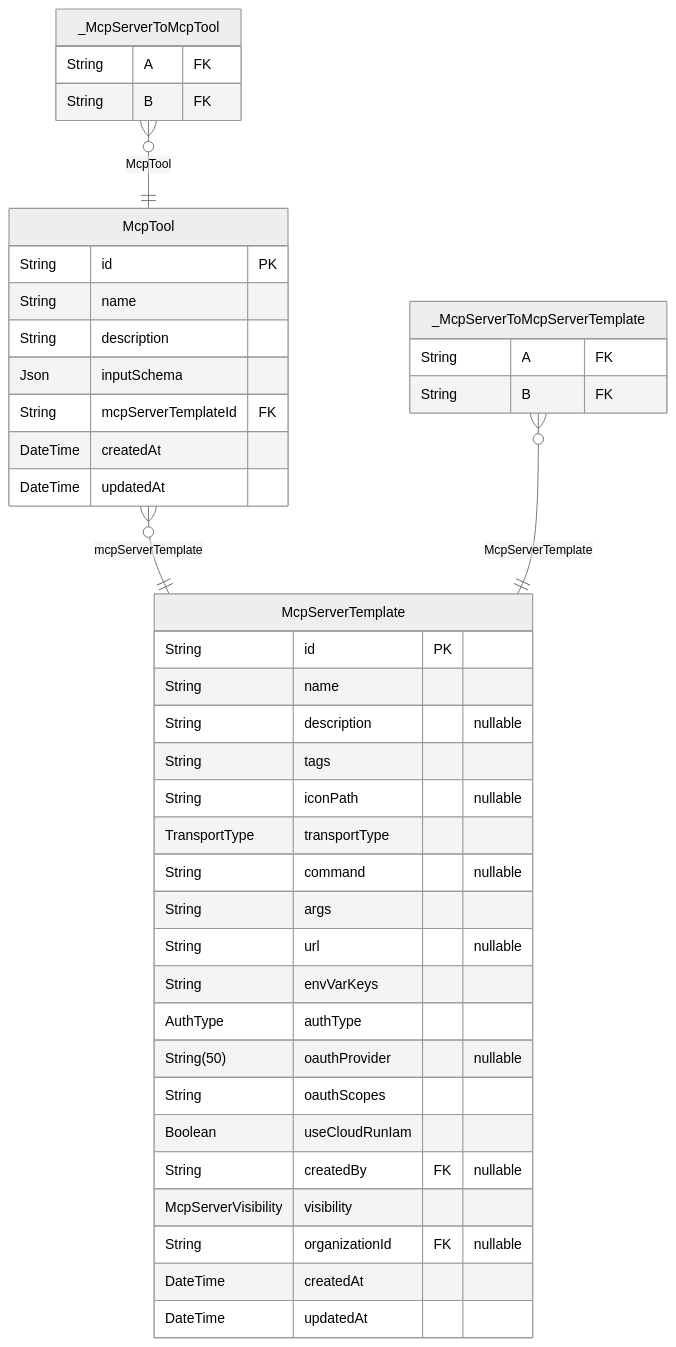
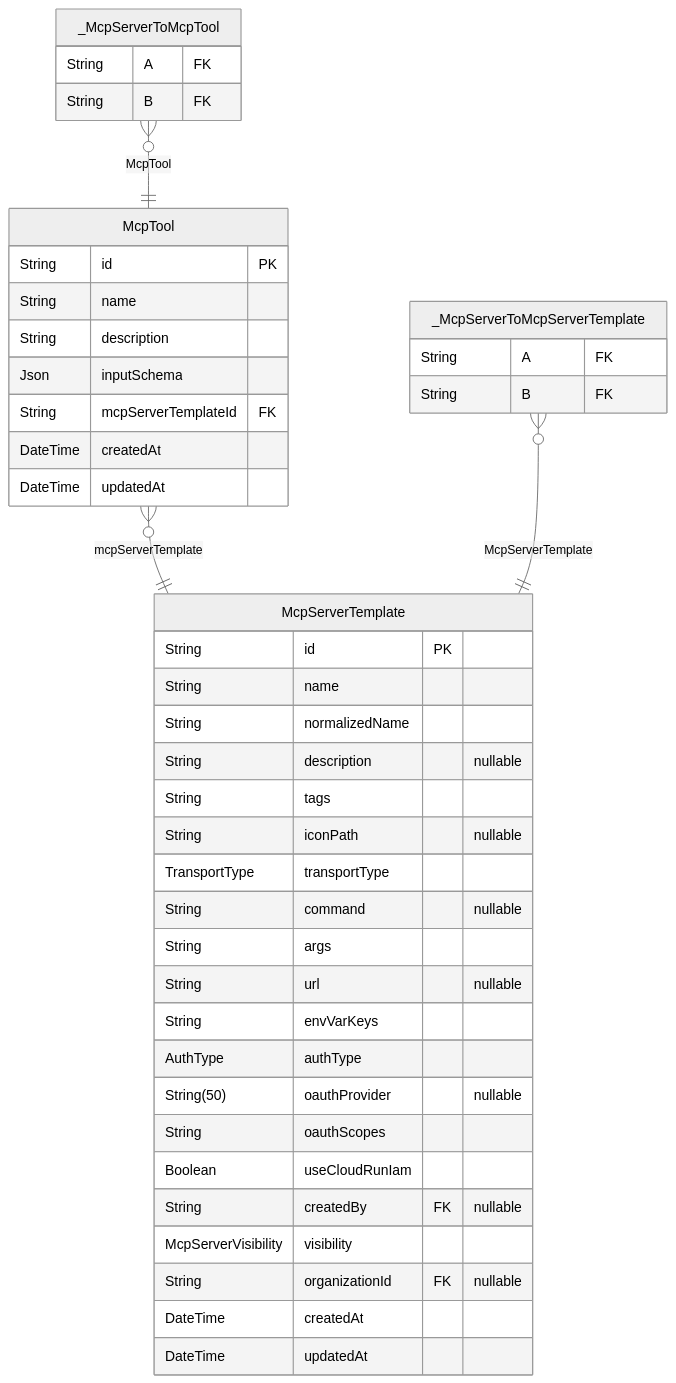
The second of 6 diagrams in packages/db/prisma/README.md (rayven122/tumiki), drawn with Mermaid (neutral theme) before and after one commit. The commit also changed other lines of this file and 7 other files, not shown here.

Commit message:
feat: Refactor tool and template lookup to prioritize organization-specific templates using a new normalized name field and update UI text.

````diff
--- a/packages/db/prisma/README.md
+++ b/packages/db/prisma/README.md
@@ -134,44 +134,45 @@
 ```mermaid
 erDiagram
 "McpServerTemplate" {
   String id PK
   String name
+  String normalizedName
   String description "nullable"
   String tags
   String iconPath "nullable"
   TransportType transportType
   String command "nullable"
   String args
   String url "nullable"
   String envVarKeys
   AuthType authType
   String(50) oauthProvider "nullable"
   String oauthScopes
   Boolean useCloudRunIam
   String createdBy FK "nullable"
   McpServerVisibility visibility
   String organizationId FK "nullable"
   DateTime createdAt
   DateTime updatedAt
 }
 "McpTool" {
   String id PK
   String name
   String description
   Json inputSchema
   String mcpServerTemplateId FK
   DateTime createdAt
   DateTime updatedAt
 }
 "_McpServerToMcpServerTemplate" {
   String A FK
   String B FK
 }
 "_McpServerToMcpTool" {
   String A FK
   String B FK
 }
 "McpTool" }o--|| "McpServerTemplate" : mcpServerTemplate
 "_McpServerToMcpServerTemplate" }o--|| "McpServerTemplate" : McpServerTemplate
 "_McpServerToMcpTool" }o--|| "McpTool" : McpTool
 ```
````
